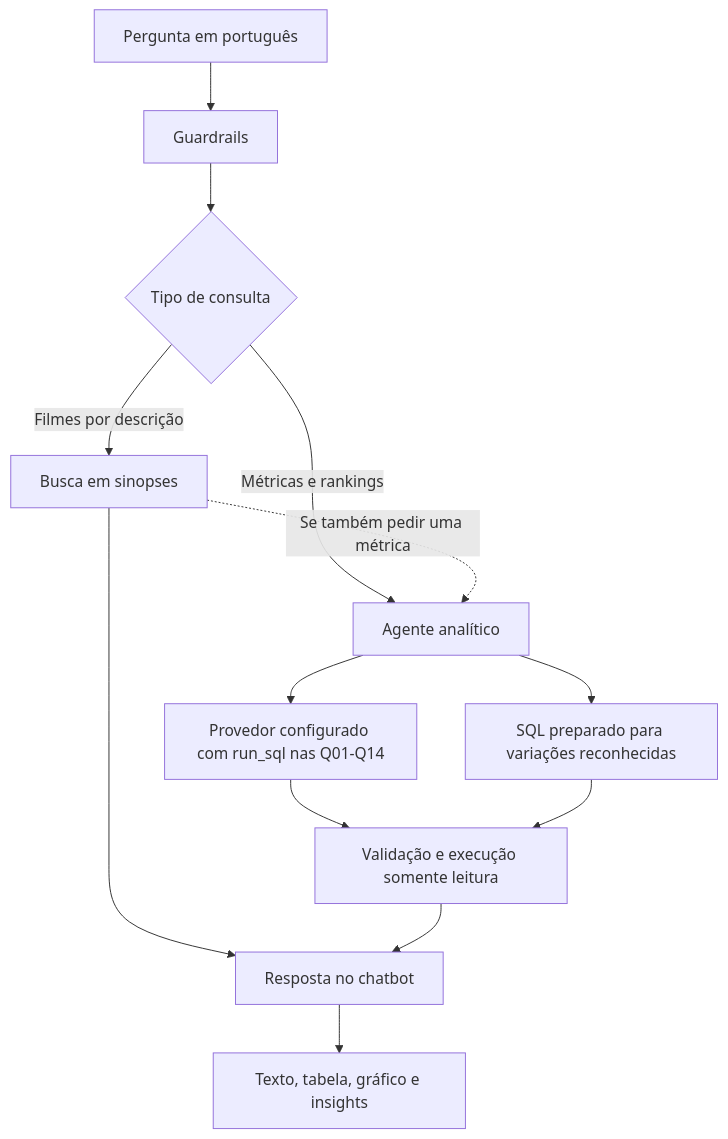
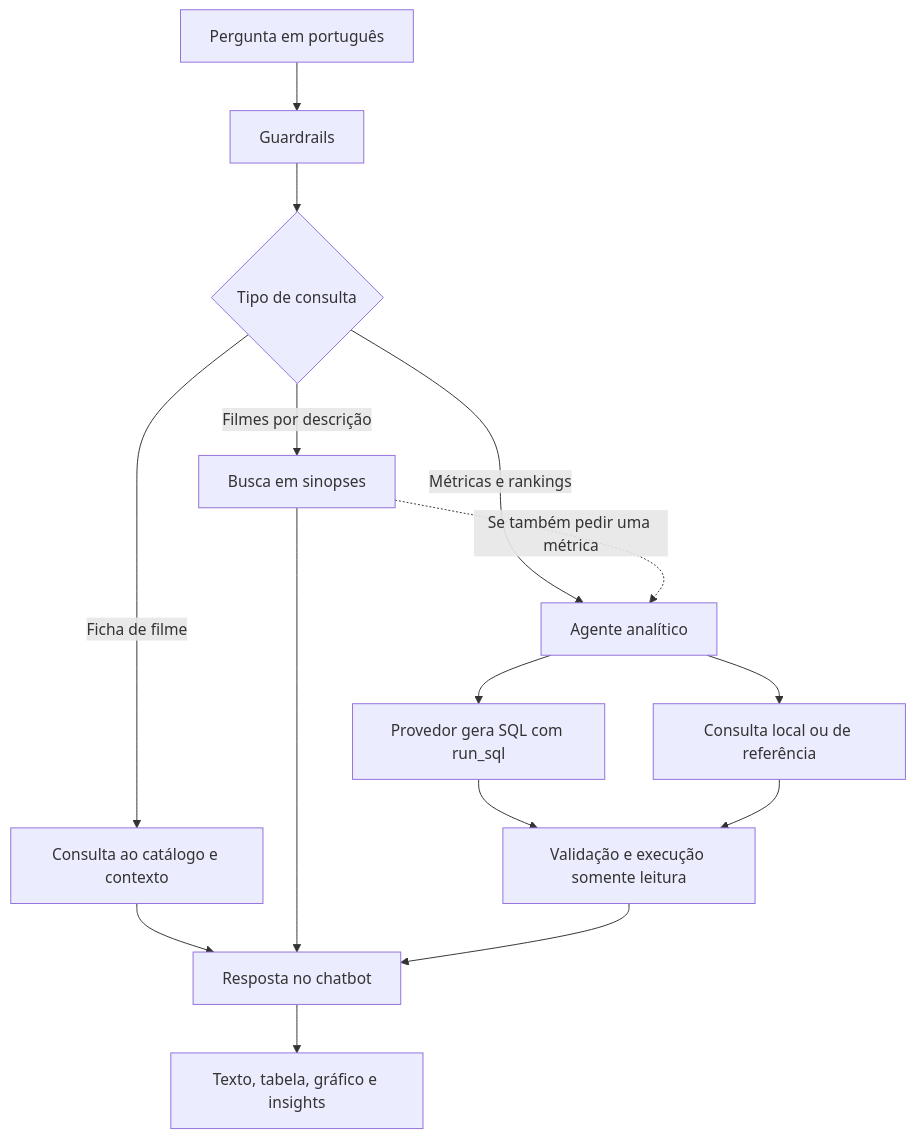
Before and after one commit to GuilhermeRangel1/CineData-GenAi: the first of 2 diagrams in README.md, drawn with Mermaid. The commit also changed other lines of this file and 13 other files, not shown here.

````diff
--- a/README.md
+++ b/README.md
@@ -41,15 +34,17 @@
 ```mermaid
 flowchart TB
     Q[Pergunta em português] --> G[Guardrails]
     G --> R{Tipo de consulta}
     R -->|Filmes por descrição| S[Busca em sinopses]
     R -->|Métricas e rankings| A[Agente analítico]
     S -.->|Se também pedir uma métrica| A
-    A --> M[Provedor configurado com run_sql nas Q01-Q14]
-    A --> P[SQL preparado para variações reconhecidas]
+    A --> M[Provedor gera SQL com run_sql]
+    A --> P[Consulta local ou de referência]
     M --> V[Validação e execução somente leitura]
     P --> V
-    S --> F[Resposta no chatbot]
+    R -->|Ficha de filme| T[Consulta ao catálogo e contexto]
+    T --> F[Resposta no chatbot]
+    S --> F
     V --> F
     F --> O[Texto, tabela, gráfico e insights]
 ```
````
